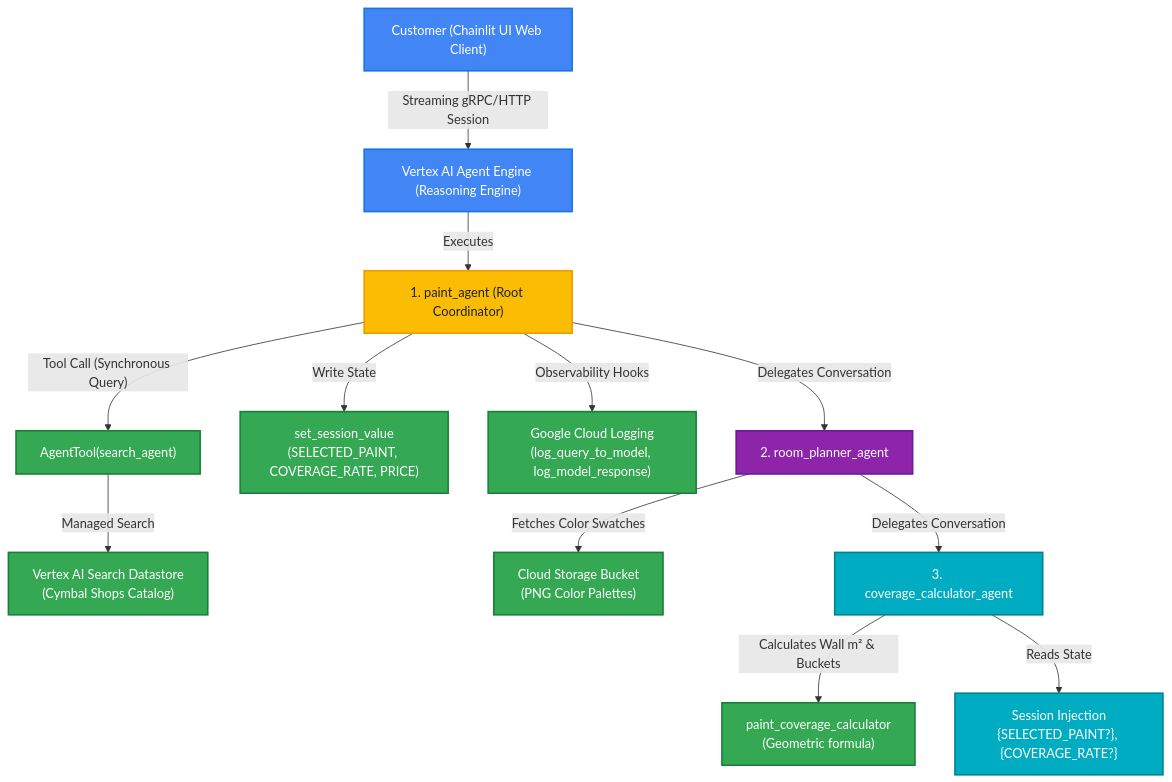
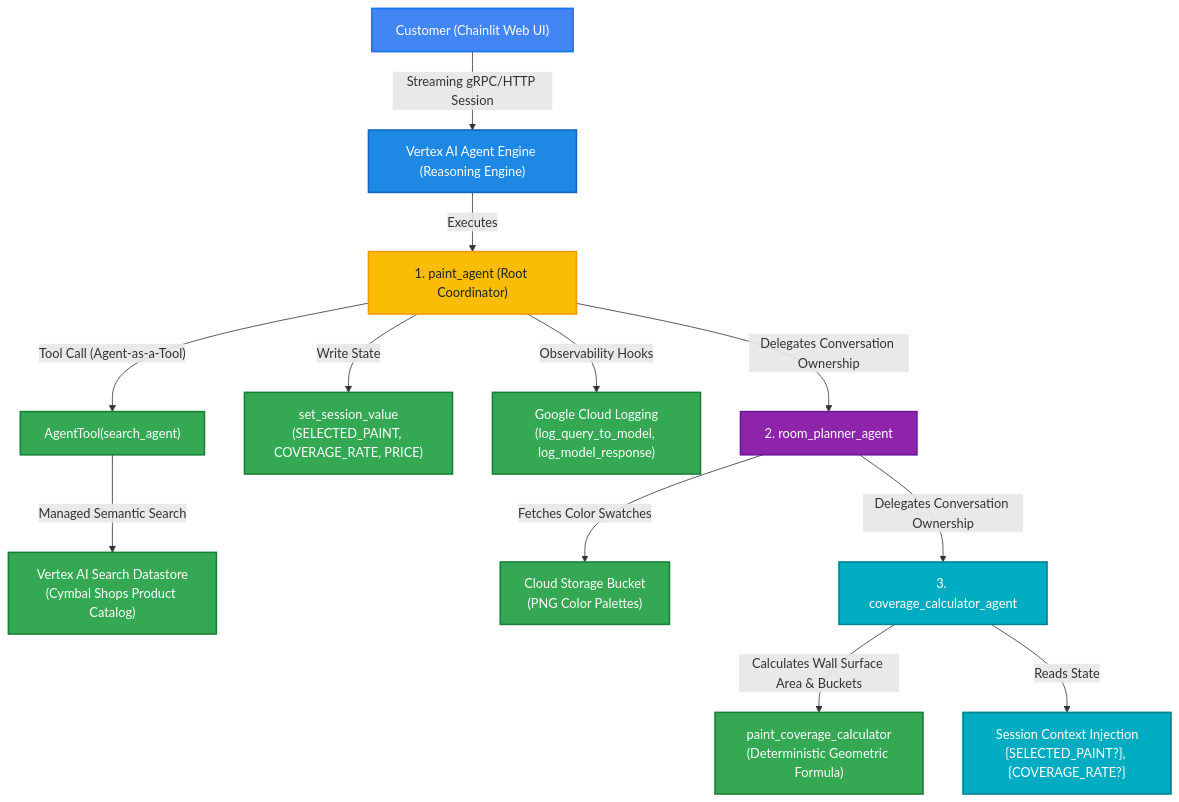
The first of 4 diagrams in takeaway-genai129-deploy-adk-agent-vertexai.md (junyish/lab-genai129-deploy-an-Agent-with-Agent-Development-Kit), drawn with Mermaid before and after one commit. The commit also changed other lines of this file, not shown here.

Commit message:
Enhance takeaway documentation with complete architectural pillars, state injection diagrams, and comparison matrix

````diff
--- a/takeaway-genai129-deploy-adk-agent-vertexai.md
+++ b/takeaway-genai129-deploy-adk-agent-vertexai.md
@@ -15,26 +16,27 @@
 ```mermaid
 graph TD
     classDef clientNode fill:#4285F4,stroke:#1a73e8,stroke-width:2px,color:#fff;
+    classDef engineNode fill:#1E88E5,stroke:#1565C0,stroke-width:2px,color:#fff;
     classDef rootNode fill:#FBBC04,stroke:#f29900,stroke-width:2px,color:#202124;
     classDef toolNode fill:#34A853,stroke:#188038,stroke-width:2px,color:#fff;
     classDef subAgentNode fill:#8E24AA,stroke:#6A1B9A,stroke-width:2px,color:#fff;
     classDef leafNode fill:#00ACC1,stroke:#00838F,stroke-width:2px,color:#fff;
 
-    Client["Customer (Chainlit UI Web Client)"]:::clientNode -->|"Streaming gRPC/HTTP Session"| Engine["Vertex AI Agent Engine (Reasoning Engine)"]:::clientNode
+    Client["Customer (Chainlit Web UI)"]:::clientNode -->|"Streaming gRPC/HTTP Session"| Engine["Vertex AI Agent Engine (Reasoning Engine)"]:::engineNode
     Engine -->|"Executes"| RootAgent["1. paint_agent (Root Coordinator)"]:::rootNode
     
     %% Root Agent Tools & Callbacks
-    RootAgent -->|"Tool Call (Synchronous Query)"| SearchTool["AgentTool(search_agent)"]:::toolNode
-    SearchTool -->|"Managed Search"| VAIS["Vertex AI Search Datastore<br/>(Cymbal Shops Catalog)"]:::toolNode
+    RootAgent -->|"Tool Call (Agent-as-a-Tool)"| SearchTool["AgentTool(search_agent)"]:::toolNode
+    SearchTool -->|"Managed Semantic Search"| VAIS["Vertex AI Search Datastore<br/>(Cymbal Shops Product Catalog)"]:::toolNode
     RootAgent -->|"Write State"| StateTool["set_session_value<br/>(SELECTED_PAINT, COVERAGE_RATE, PRICE)"]:::toolNode
     RootAgent -->|"Observability Hooks"| CloudLog["Google Cloud Logging<br/>(log_query_to_model, log_model_response)"]:::toolNode
 
     %% Hierarchical Delegation
-    RootAgent -->|"Delegates Conversation"| RoomPlanner["2. room_planner_agent"]:::subAgentNode
+    RootAgent -->|"Delegates Conversation Ownership"| RoomPlanner["2. room_planner_agent"]:::subAgentNode
     RoomPlanner -->|"Fetches Color Swatches"| GCS["Cloud Storage Bucket<br/>(PNG Color Palettes)"]:::toolNode
-    RoomPlanner -->|"Delegates Conversation"| CoverageCalc["3. coverage_calculator_agent"]:::leafNode
+    RoomPlanner -->|"Delegates Conversation Ownership"| CoverageCalc["3. coverage_calculator_agent"]:::leafNode
     
     %% Leaf Agent Tool
-    CoverageCalc -->|"Calculates Wall m² & Buckets"| CalcTool["paint_coverage_calculator<br/>(Geometric formula)"]:::toolNode
-    CoverageCalc -->|"Reads State"| SessionRead["Session Injection<br/>{SELECTED_PAINT?}, {COVERAGE_RATE?}"]:::leafNode
+    CoverageCalc -->|"Calculates Wall Surface Area & Buckets"| CalcTool["paint_coverage_calculator<br/>(Deterministic Geometric Formula)"]:::toolNode
+    CoverageCalc -->|"Reads State"| SessionRead["Session Context Injection<br/>{SELECTED_PAINT?}, {COVERAGE_RATE?}"]:::leafNode
 ```
````
